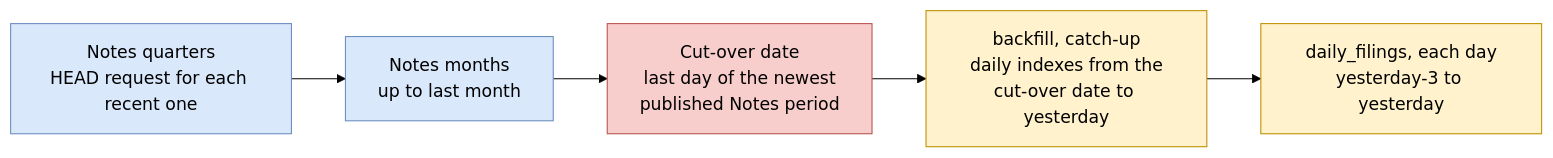
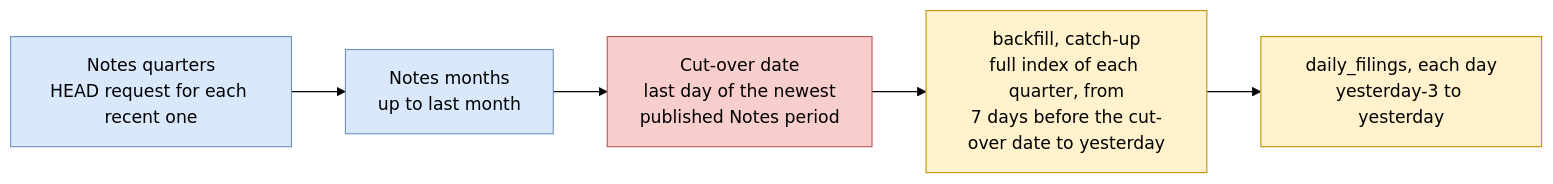
Before and after one commit to ironcapitaleu/arkad: the third of 4 diagrams in sec/design/pipeline/extraction_overview.md, drawn with Mermaid (forest theme). The commit also changed other lines of this file and 15 other files, not shown here.

First line of the commit message:
feat(sec): read the full index in the catch-up of backfill (#531)

````diff
--- a/sec/design/pipeline/extraction_overview.md
+++ b/sec/design/pipeline/extraction_overview.md
@@ -197,11 +197,11 @@
 ```mermaid
 flowchart LR
     classDef notes fill:#dae8fc,stroke:#6c8ebf
     classDef daily fill:#fff2cc,stroke:#bf9000
     classDef cut fill:#f8cecc,stroke:#b85450
 
     Q["Notes quarters<br/>HEAD request for each recent one"]:::notes --> M["Notes months<br/>up to last month"]:::notes
     M --> C["Cut-over date<br/>last day of the newest<br/>published Notes period"]:::cut
-    C --> K["backfill, catch-up<br/>daily indexes from the<br/>cut-over date to yesterday"]:::daily
+    C --> K["backfill, catch-up<br/>full index of each quarter, from<br/>7 days before the cut-over date to yesterday"]:::daily
     K --> W["daily_filings, each day<br/>yesterday-3 to yesterday"]:::daily
 ```
````
